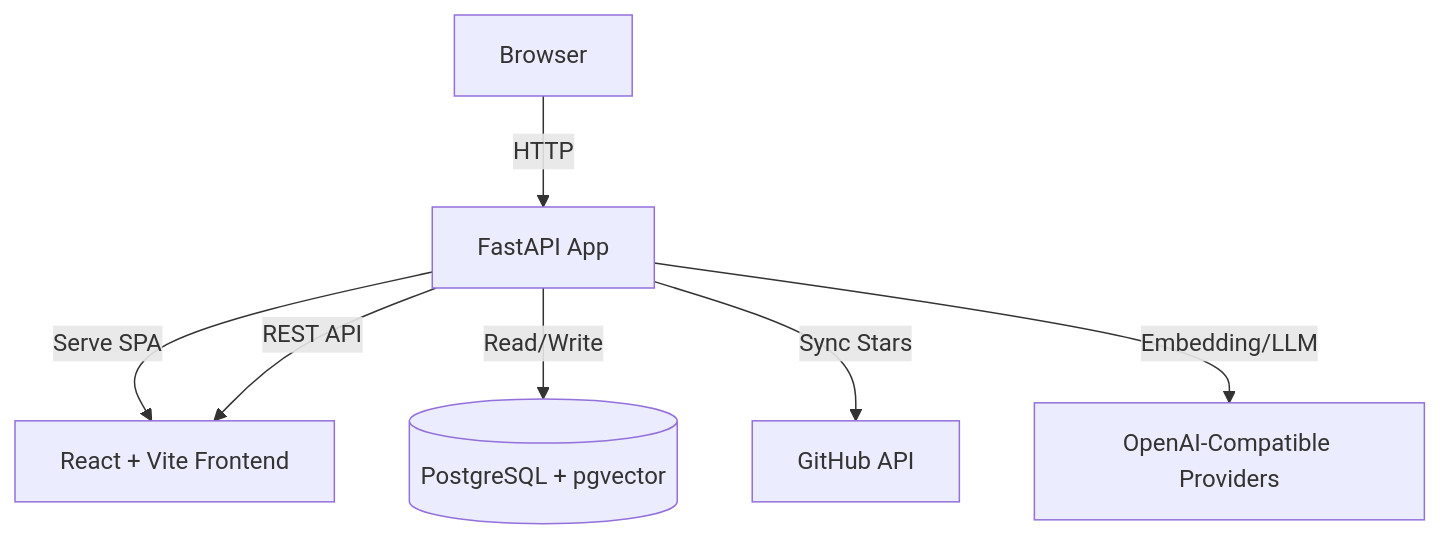
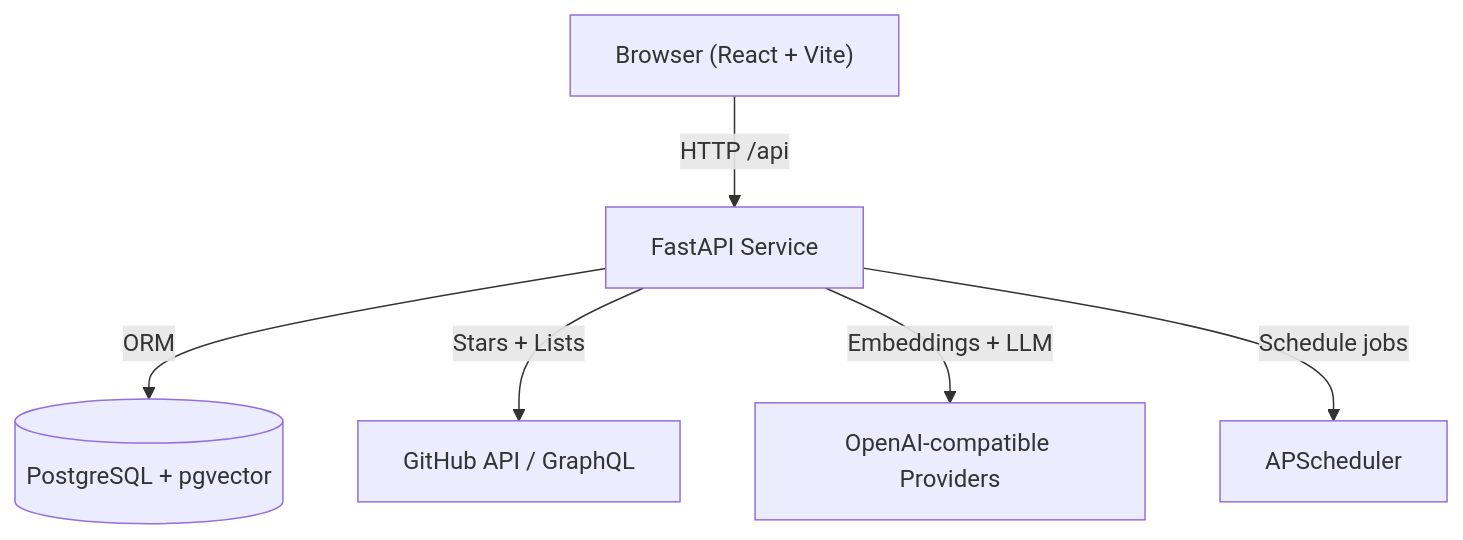
One commit to Tendo33/MyNebula changed the first of 2 diagrams in README.md. Above: the diagram before and after it, drawn with Mermaid. The commit also changed other lines of this file and 1 other file, not shown here.

````diff
--- a/README.md
+++ b/README.md
@@ -73,9 +64,8 @@
 ```mermaid
 graph TD
-    User["Browser"] -->|HTTP| FastAPI["FastAPI App"]
-    FastAPI -->|Serve SPA| React["React + Vite Frontend"]
-    FastAPI -->|REST API| React
-    FastAPI -->|Read/Write| PG[("PostgreSQL + pgvector")]
-    FastAPI -->|Sync Stars| GitHub["GitHub API"]
-    FastAPI -->|Embedding/LLM| AI["OpenAI-Compatible Providers"]
+    Browser["Browser (React + Vite)"] -->|HTTP /api| FastAPI["FastAPI Service"]
+    FastAPI -->|ORM| Postgres[("PostgreSQL + pgvector")]
+    FastAPI -->|Stars + Lists| GitHub["GitHub API / GraphQL"]
+    FastAPI -->|Embeddings + LLM| AI["OpenAI-compatible Providers"]
+    FastAPI -->|Schedule jobs| APS["APScheduler"]
 ```
````
